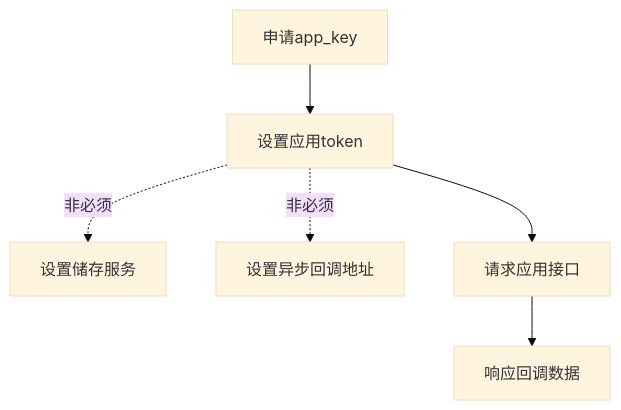
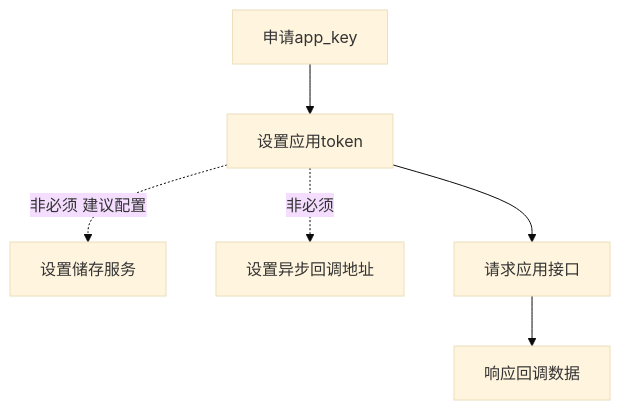
Before and after one commit to easyyun/easyyun.github.io: the second of 2 diagrams in docs/api/base.md, drawn with Mermaid (base theme).

````diff
--- a/docs/api/base.md
+++ b/docs/api/base.md
@@ -19,8 +19,8 @@
 ```mermaid
 graph TD;
     申请app_key-->设置应用token;
-    设置应用token-. 非必须 .->设置储存服务;
+    设置应用token-. 非必须 建议配置 .->设置储存服务;
     设置应用token-. 非必须 .->设置异步回调地址;
     设置应用token-->请求应用接口;
     请求应用接口-->响应回调数据;
 ```
````
